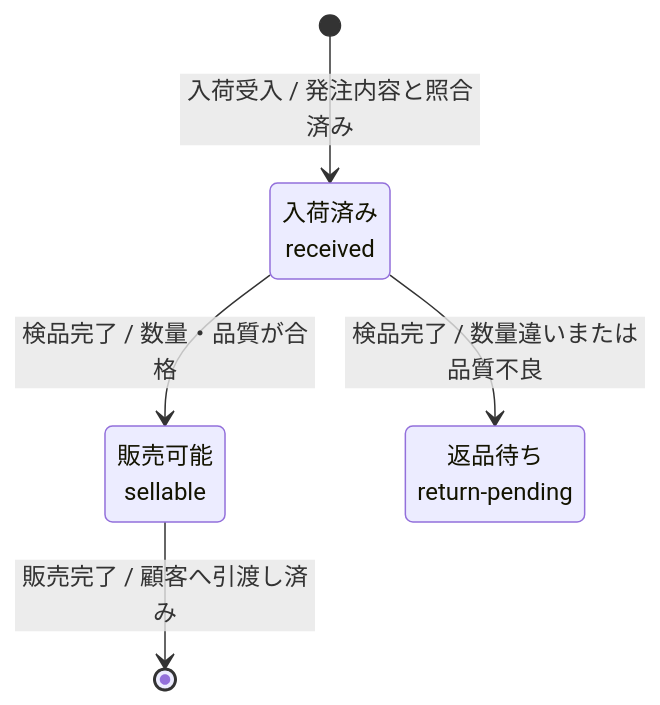
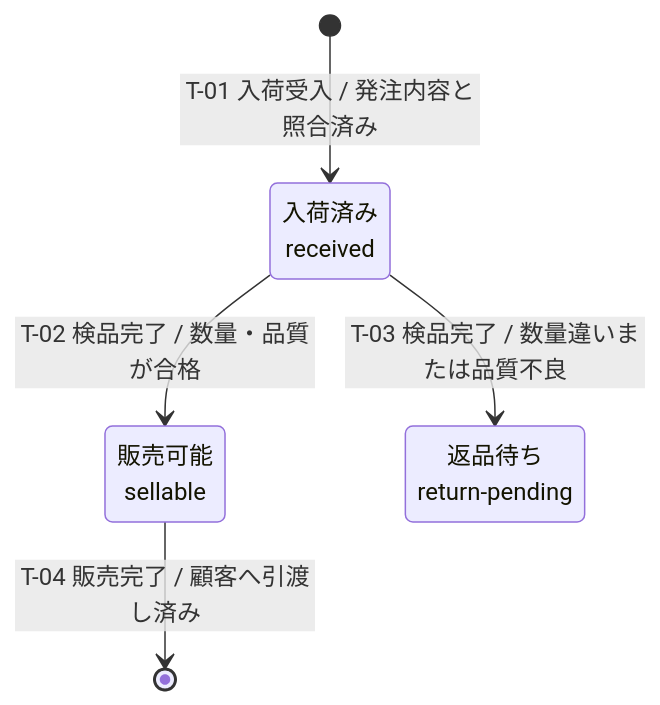
The first of 2 diagrams in docs/ja/specdojo/rulebooks/stsd-mermaid-rulebook.md (specdojo/specdojo), drawn with Mermaid before and after one commit. The commit also changed other lines of this file and 5 other files, not shown here.

Commit message:
exec(register PJR-16T7): stsd-mermaid-rulebook の遷移ラベルに遷移 ID を入れる

````diff
--- a/docs/ja/specdojo/rulebooks/stsd-mermaid-rulebook.md
+++ b/docs/ja/specdojo/rulebooks/stsd-mermaid-rulebook.md
@@ -70,10 +71,10 @@
 ```mermaid
 stateDiagram-v2
   state "入荷済み<br>received" as received
   state "販売可能<br>sellable" as sellable
   state "返品待ち<br>return-pending" as return_pending
-  [*] --> received : 入荷受入 / 発注内容と照合済み
-  received --> sellable : 検品完了 / 数量・品質が合格
-  received --> return_pending : 検品完了 / 数量違いまたは品質不良
-  sellable --> [*] : 販売完了 / 顧客へ引渡し済み
+  [*] --> received : T-01 入荷受入 / 発注内容と照合済み
+  received --> sellable : T-02 検品完了 / 数量・品質が合格
+  received --> return_pending : T-03 検品完了 / 数量違いまたは品質不良
+  sellable --> [*] : T-04 販売完了 / 顧客へ引渡し済み
 ```
````
